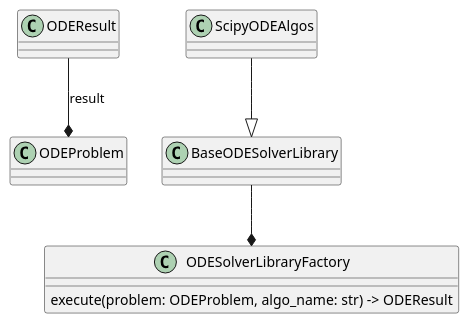
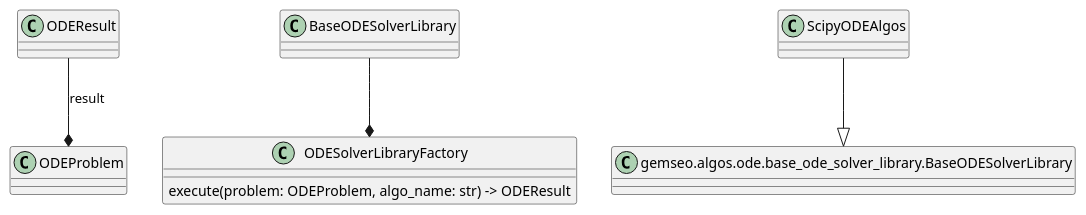
Before and after one commit to gemseo/gemseo: the second of 3 diagrams in doc_src/ode/ode.rst, drawn with PlantUML. The commit also changed other lines of this file and 39 other files, not shown here.

```diff
--- a/doc_src/ode/ode.rst
+++ b/doc_src/ode/ode.rst
@@ -93,18 +94,18 @@
 .. uml::
 
     @startuml
     set namespaceSeparator none
     class "ODEProblem" as gemseo.algos.ode.ode_problem.ODEProblem {}
     class "ODEResult" as gemseo.algos.ode.ode_result.ODEResult {}
     class "BaseODESolverLibrary" as gemseo.algos.ode.base_ode_solver_lib.BaseODESolverLibrary {
     }
     class "ODESolverLibraryFactory" as gemseo.algos.ode.factory.ODESolverLibraryFactory {
       execute(problem: ODEProblem, algo_name: str) -> ODEResult
     }
-    class "ScipyODEAlgos" as gemseo.algos.ode.scipy_ode.scipy_ode.ScipyODEAlgos {
+    class "ScipyODEAlgos" as gemseo.algos.ode.scipy_ode.ScipyODEAlgos {
 
     }
-    gemseo.algos.ode.scipy_ode.scipy_ode.ScipyODEAlgos --|> gemseo.algos.ode.base_ode_solver_lib.BaseODESolverLibrary
+    gemseo.algos.ode.scipy_ode.ScipyODEAlgos --|> gemseo.algos.ode.base_ode_solver_library.BaseODESolverLibrary
     gemseo.algos.ode.ode_result.ODEResult --* gemseo.algos.ode.ode_problem.ODEProblem : result
     gemseo.algos.ode.base_ode_solver_lib.BaseODESolverLibrary --* gemseo.algos.ode.factory.ODESolverLibraryFactory
     @enduml
```
